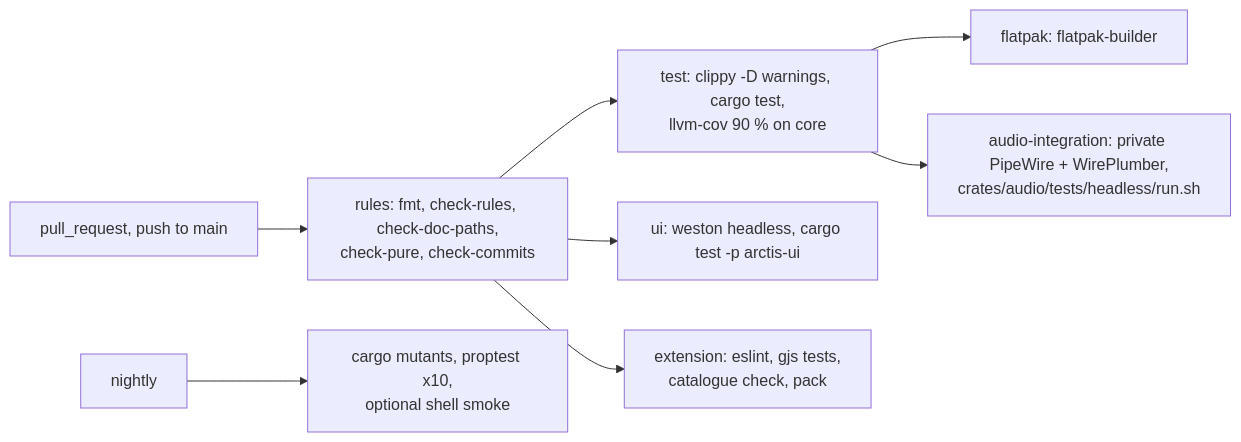
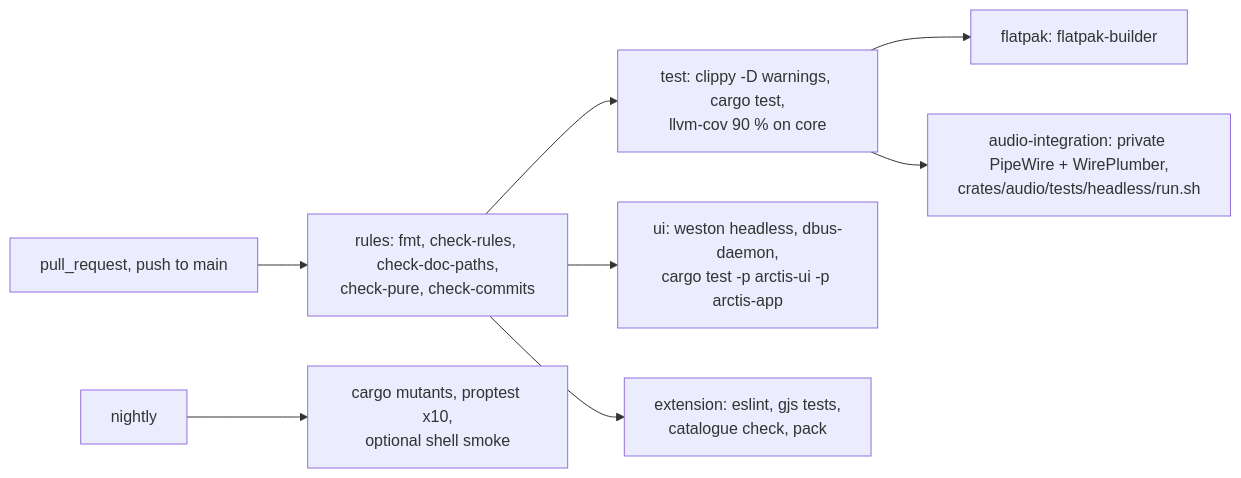
One commit to marcelogm/arctis-companion changed the fourth of 4 diagrams in docs/architecture/README.md. Above: the diagram before and after it, drawn with Mermaid. The commit also changed other lines of this file and 1 other file, not shown here.

Commit message:
docs(architecture): add the app platform page

````diff
--- a/docs/architecture/README.md
+++ b/docs/architecture/README.md
@@ -91,10 +90,10 @@
 ```mermaid
 flowchart LR
     PR["pull_request, push to main"] --> R["rules: fmt, check-rules, check-doc-paths,<br/>check-pure, check-commits"]
     R --> T["test: clippy -D warnings, cargo test,<br/>llvm-cov 90 % on core"]
-    R --> G["ui: weston headless, cargo test -p arctis-ui"]
+    R --> G["ui: weston headless, dbus-daemon,<br/>cargo test -p arctis-ui -p arctis-app"]
     R --> X["extension: eslint, gjs tests,<br/>catalogue check, pack"]
     T --> F["flatpak: flatpak-builder"]
     T --> A["audio-integration: private PipeWire + WirePlumber,<br/>crates/audio/tests/headless/run.sh"]
     N["nightly"] --> M["cargo mutants, proptest x10,<br/>optional shell smoke"]
 ```
````
